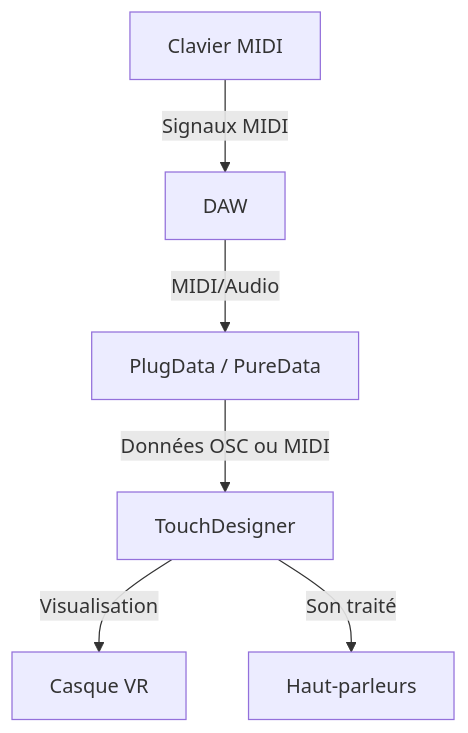
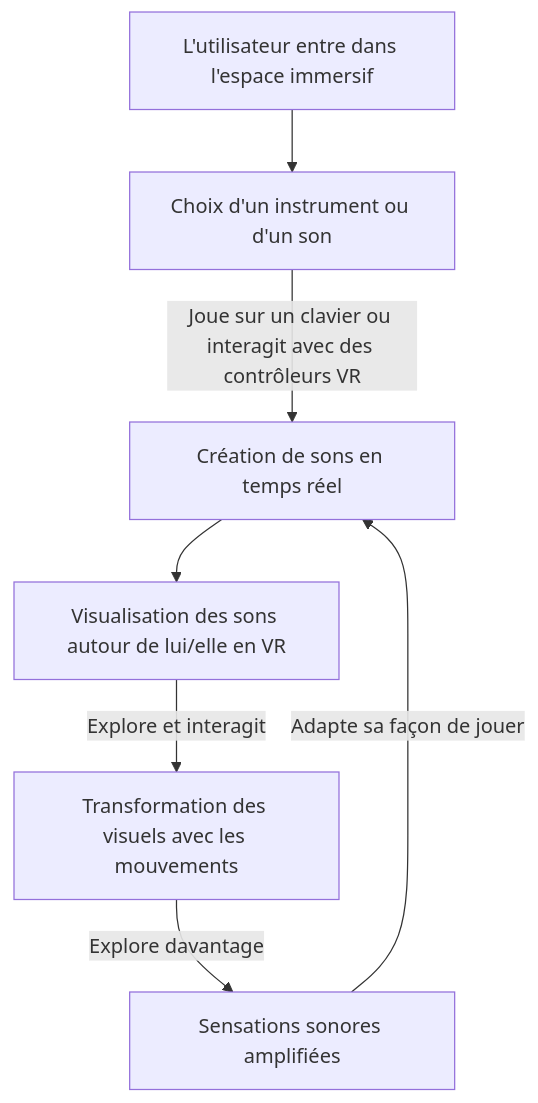
The diagram in README.md (PootPookies/vizua), drawn with Mermaid before and after one commit.

````diff
--- a/README.md
+++ b/README.md
@@ -26,9 +26,14 @@
 ```mermaid
 graph TD
-    A[Clavier MIDI] -->|Signaux MIDI| B[DAW]
-    B -->|MIDI/Audio| C[PlugData / PureData]
-    C -->|Données OSC ou MIDI| D[TouchDesigner]
-    D -->|Visualisation| E[Casque VR]
-    D -->|Son traité| F[Haut-parleurs]
+    %% Début de l'expérience utilisateur
+    A[L'utilisateur entre dans l'espace immersif] --> B[Choix d'un instrument ou d'un son]
 
+    %% Interaction utilisateur
+    B -->|Joue sur un clavier ou interagit avec des contrôleurs VR| C[Création de sons en temps réel]
+    C --> D[Visualisation des sons autour de lui/elle en VR]
+    D -->|Explore et interagit| E[Transformation des visuels avec les mouvements]
+
+    %% Boucle d'immersion
+    E -->|Explore davantage| F[Sensations sonores amplifiées]
+    F -->|Adapte sa façon de jouer| C
 ```
````
